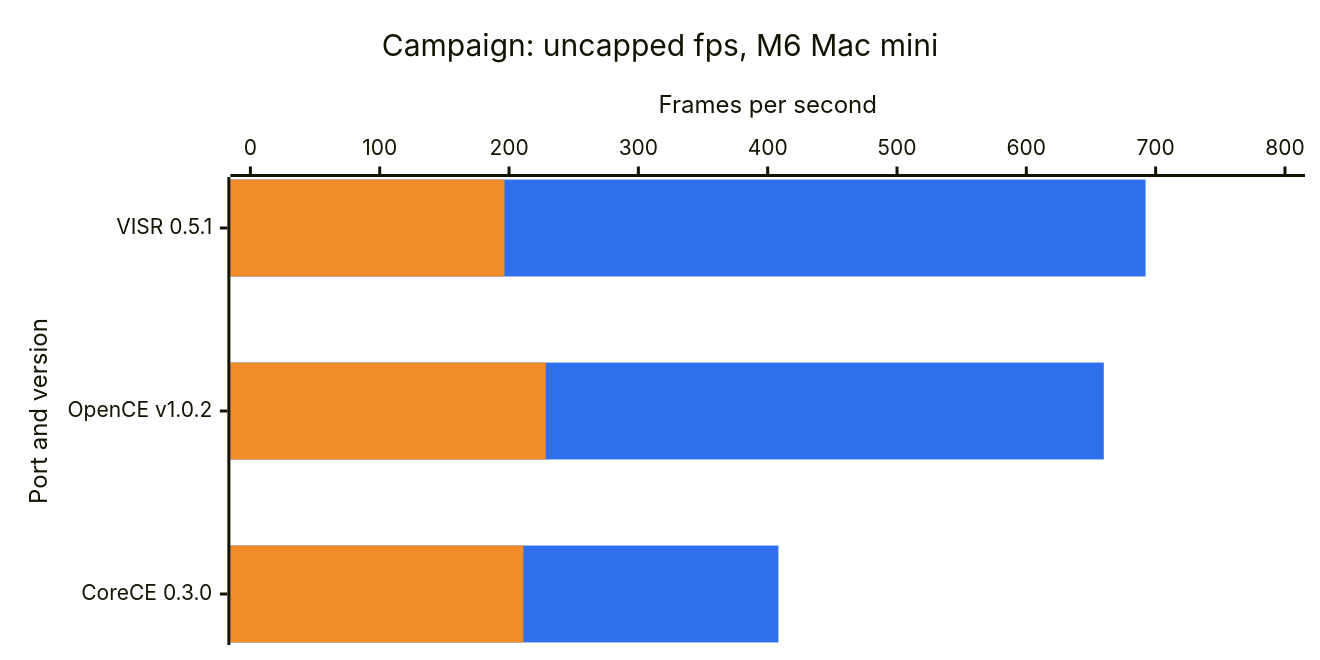
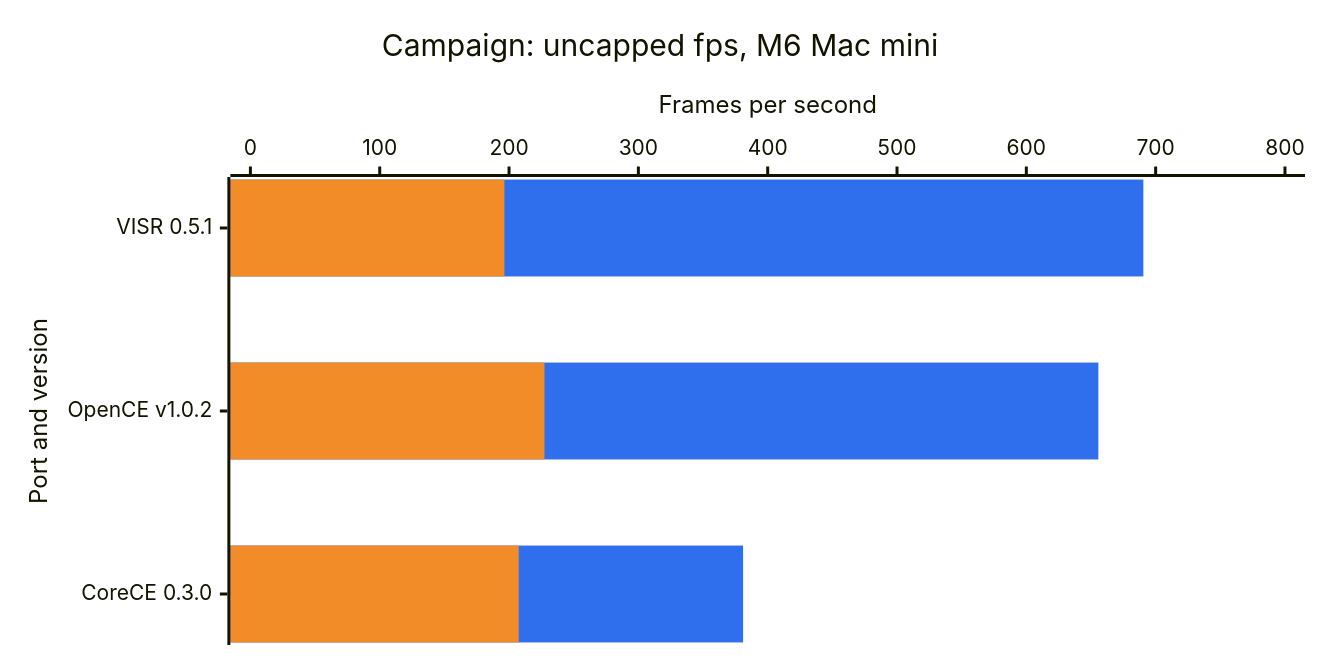
Before and after one commit to steverice/halo-ce-ios: the diagram in docs/benchmarks.md, drawn with Mermaid. The commit also changed other lines of this file and 15 other files, not shown here.

````diff
--- a/docs/benchmarks.md
+++ b/docs/benchmarks.md
@@ -17,17 +17,17 @@
 ```mermaid
 ---
 config:
   xyChart:
     width: 860
     height: 420
   themeVariables:
     xyChart:
       plotColorPalette: "#2f6fed, #f28c28"
 ---
 xychart-beta horizontal
     title "Campaign: uncapped fps, M6 Mac mini"
     x-axis "Port and version" ["VISR 0.5.1", "OpenCE v1.0.2", "CoreCE 0.3.0"]
     y-axis "Frames per second" 0 --> 800
-    bar [692.2, 659.9, 408.3]
-    bar [196.5, 228.4, 211.1]
+    bar [690.5, 655.7, 381]
+    bar [196.4, 227.4, 207.5]
 ```
````
